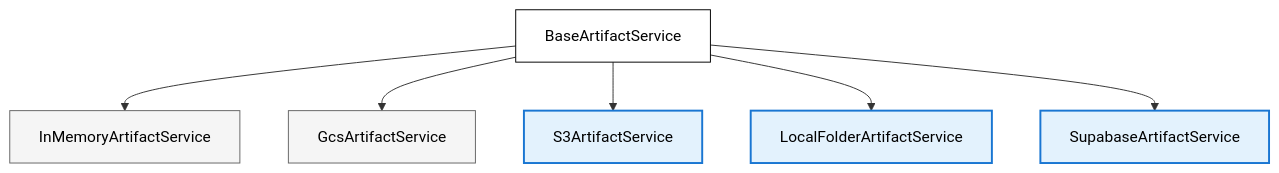
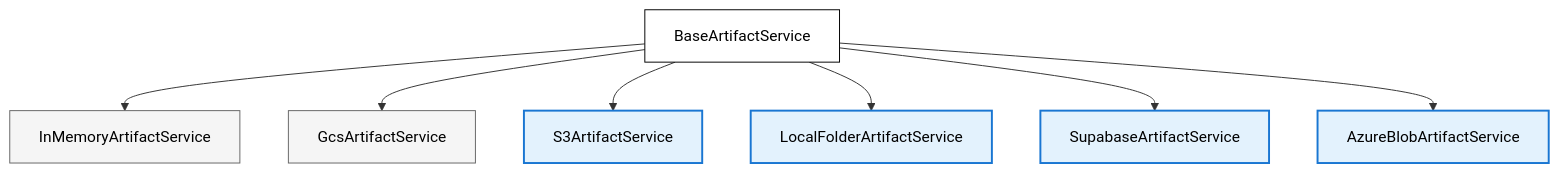
The diagram in examples/artifacts/README.md (antiv/adk-extra-services), drawn with Mermaid before and after one commit. The commit also changed other lines of this file and 3 other files, not shown here.

Commit message:
Adding Supabase to main README and Azure Blob to examples

````diff
--- a/examples/artifacts/README.md
+++ b/examples/artifacts/README.md
@@ -8,15 +8,17 @@
 ```mermaid
 graph TD
     A[BaseArtifactService] --> B[InMemoryArtifactService]
     A --> C[GcsArtifactService]
     A --> D[S3ArtifactService]
     A --> E[LocalFolderArtifactService]
     A --> F[SupabaseArtifactService]
+    A --> G[AzureBlobArtifactService]
     
     style A fill:#ffffff,stroke:#000000,stroke-width:1px,color:#000000
     style B fill:#f5f5f5,stroke:#666,stroke-width:1px,color:#000000
     style C fill:#f5f5f5,stroke:#666,stroke-width:1px,color:#000000
     style D fill:#e3f2fd,stroke:#1976d2,stroke-width:2px,color:#000000
     style E fill:#e3f2fd,stroke:#1976d2,stroke-width:2px,color:#000000
     style F fill:#e3f2fd,stroke:#1976d2,stroke-width:2px,color:#000000
+    style G fill:#e3f2fd,stroke:#1976d2,stroke-width:2px,color:#000000
 ```
````
